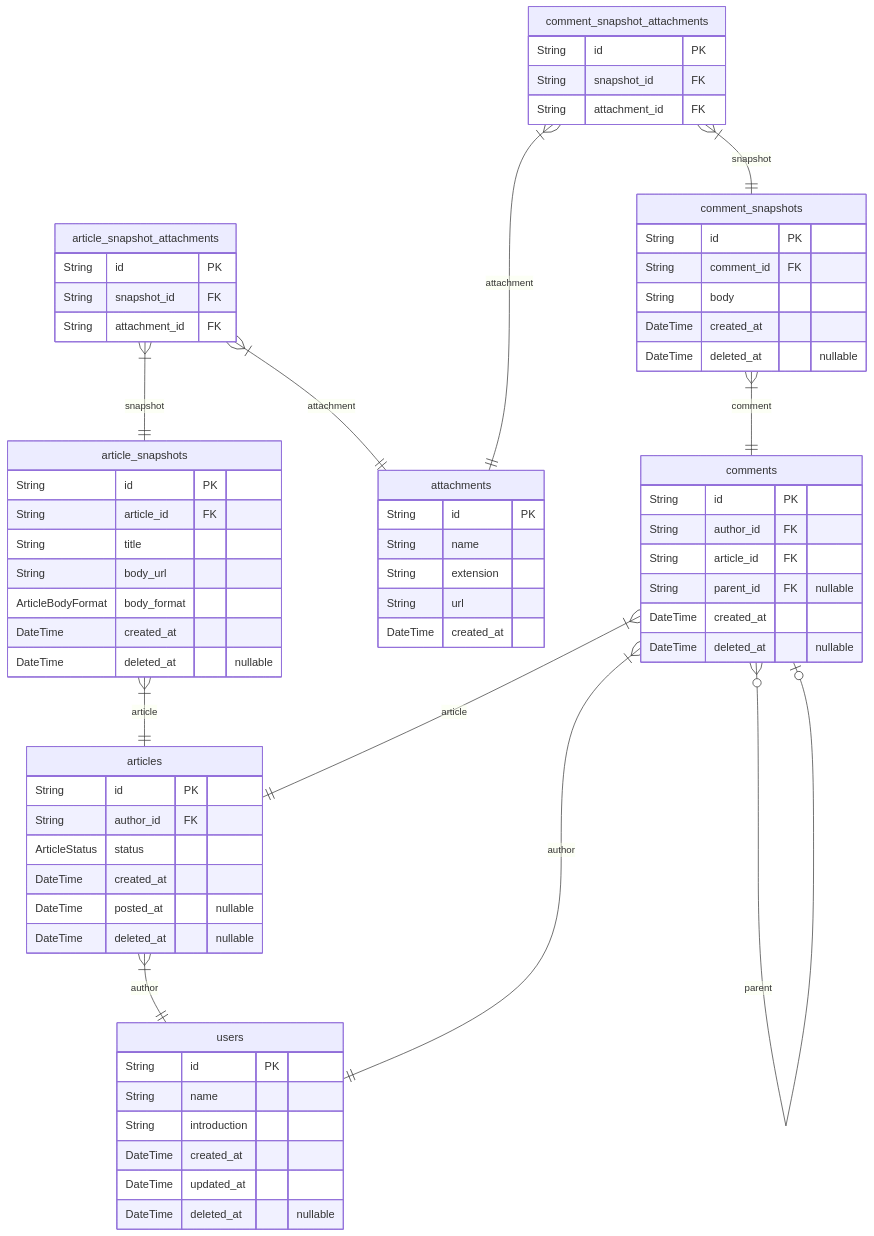
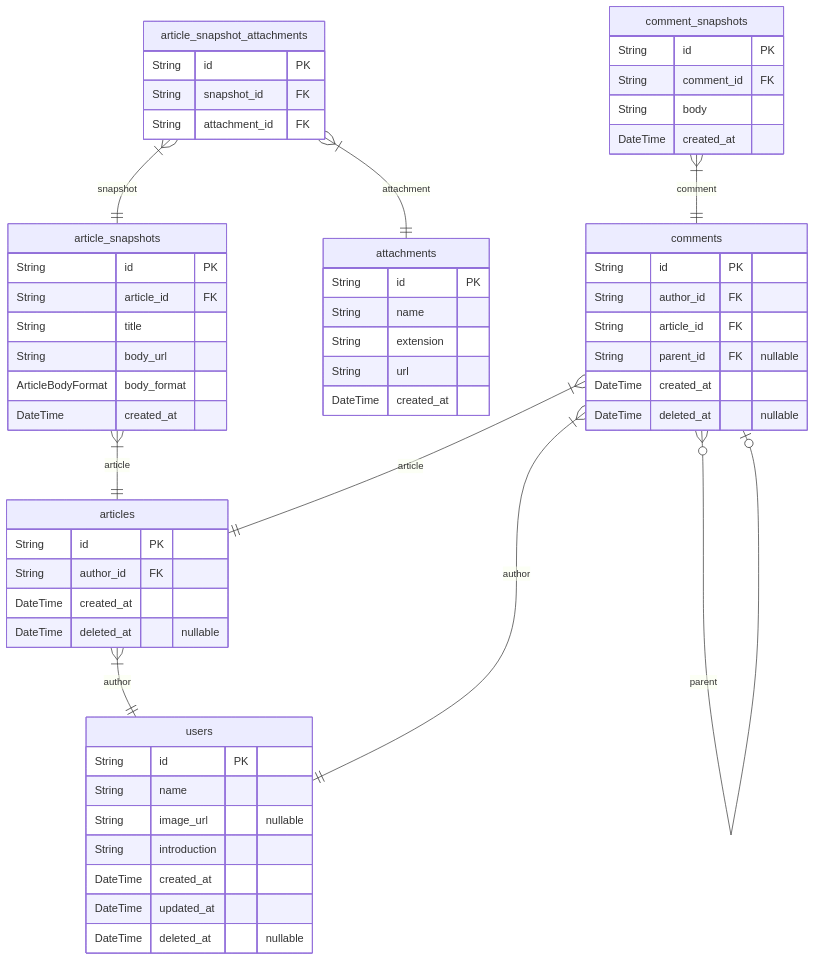
Before and after one commit to rojiwon123/bbs: the first of 2 diagrams in ERD.md, drawn with Mermaid. The commit also changed other lines of this file and 5 other files, not shown here.

````diff
--- a/ERD.md
+++ b/ERD.md
@@ -10,70 +10,60 @@
 ```mermaid
 erDiagram
 articles {
     String id PK
     String author_id FK
-    ArticleStatus status
     DateTime created_at
-    DateTime posted_at "nullable"
     DateTime deleted_at "nullable"
 }
 article_snapshots {
     String id PK
     String article_id FK
     String title
     String body_url
     ArticleBodyFormat body_format
     DateTime created_at
-    DateTime deleted_at "nullable"
 }
 article_snapshot_attachments {
     String id PK
     String snapshot_id FK
     String attachment_id FK
 }
 attachments {
     String id PK
     String name
     String extension
     String url
     DateTime created_at
 }
 comments {
     String id PK
     String author_id FK
     String article_id FK
     String parent_id FK "nullable"
     DateTime created_at
     DateTime deleted_at "nullable"
 }
 comment_snapshots {
     String id PK
     String comment_id FK
     String body
     DateTime created_at
-    DateTime deleted_at "nullable"
-}
-comment_snapshot_attachments {
-    String id PK
-    String snapshot_id FK
-    String attachment_id FK
 }
 users {
     String id PK
     String name
+    String image_url "nullable"
     String introduction
     DateTime created_at
     DateTime updated_at
     DateTime deleted_at "nullable"
 }
 articles }|--|| users : author
 article_snapshots }|--|| articles : article
 article_snapshot_attachments }|--|| article_snapshots : snapshot
 article_snapshot_attachments }|--|| attachments : attachment
 comments }|--|| users : author
 comments }|--|| articles : article
 comments }o--o| comments : parent
 comment_snapshots }|--|| comments : comment
-comment_snapshot_attachments }|--|| comment_snapshots : snapshot
-comment_snapshot_attachments }|--|| attachments : attachment
 ```
````
